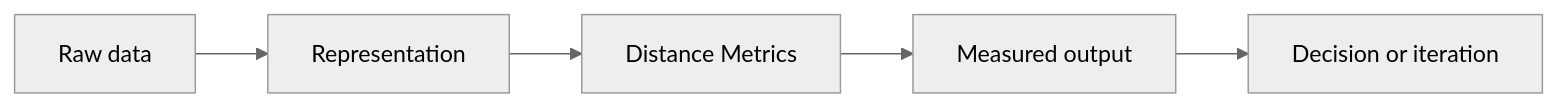
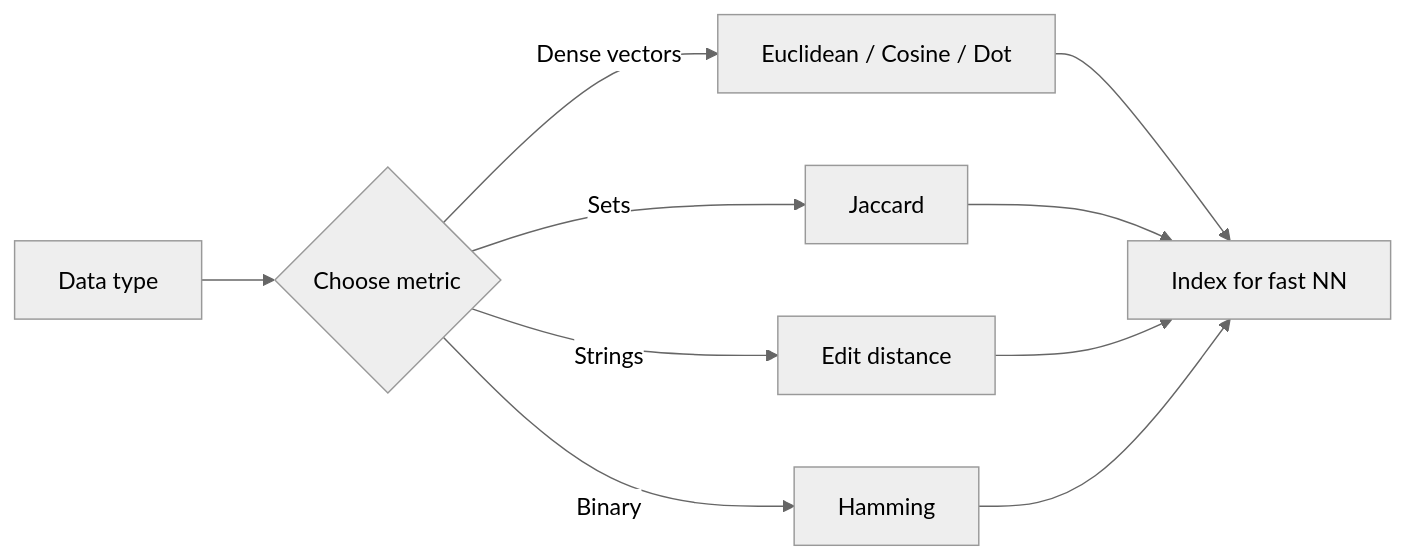
One commit to Icon1cc/Machine-Learning changed the diagram in math/12-distance-metrics.md. Above: the diagram before and after it, drawn with Mermaid (neutral theme). The commit also changed other lines of this file and 264 other files, not shown here.

````diff
--- a/math/12-distance-metrics.md
+++ b/math/12-distance-metrics.md
@@ -92,7 +79,12 @@
 ```mermaid
 flowchart LR
-    A[Raw data] --> B[Representation]
-    B --> C[Distance Metrics]
-    C --> D[Measured output]
-    D --> E[Decision or iteration]
+    D[Data type] --> C{Choose metric}
+    C -- Dense vectors --> E[Euclidean / Cosine / Dot]
+    C -- Sets --> J[Jaccard]
+    C -- Strings --> Ed[Edit distance]
+    C -- Binary --> H[Hamming]
+    E --> Idx[Index for fast NN]
+    J --> Idx
+    Ed --> Idx
+    H --> Idx
 ```
````
